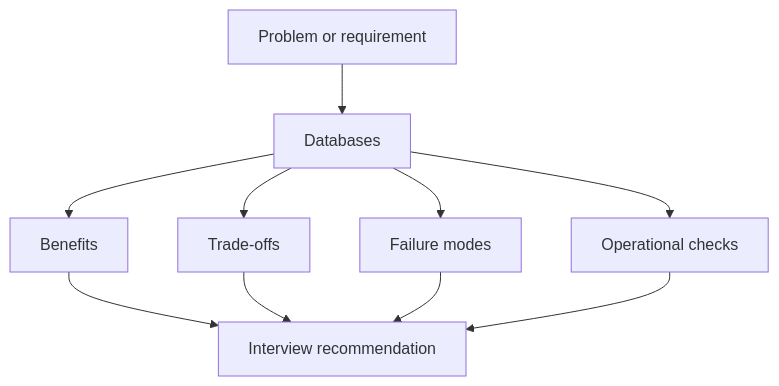
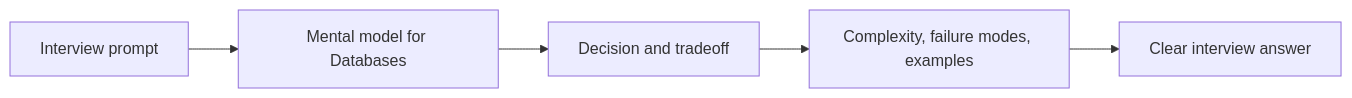
Before and after one commit to abstractinterviews/abstractinterviews.github.io: the diagram in components/databases/index.md, drawn with Mermaid. The commit also changed other lines of this file and 278 other files, not shown here.

````diff
--- a/components/databases/index.md
+++ b/components/databases/index.md
@@ -146,12 +138,7 @@
-~~~mermaid
-flowchart TD
-    Problem["Problem or requirement"] --> Concept["Databases"]
-    Concept --> Benefits["Benefits"]
-    Concept --> Tradeoffs["Trade-offs"]
-    Concept --> FailureModes["Failure modes"]
-    Concept --> Operations["Operational checks"]
-    Benefits --> Decision["Interview recommendation"]
-    Tradeoffs --> Decision
-    FailureModes --> Decision
-    Operations --> Decision
-~~~
+```mermaid
+flowchart LR
+    Problem["Interview prompt"] --> Model["Mental model for Databases"]
+    Model --> Choice["Decision and tradeoff"]
+    Choice --> Evidence["Complexity, failure modes, examples"]
+    Evidence --> Answer["Clear interview answer"]
+```
````
